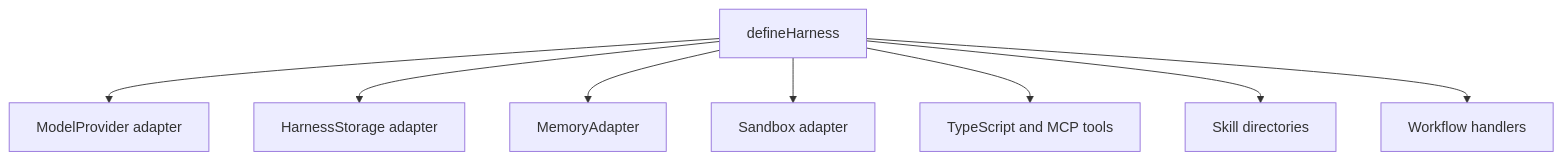
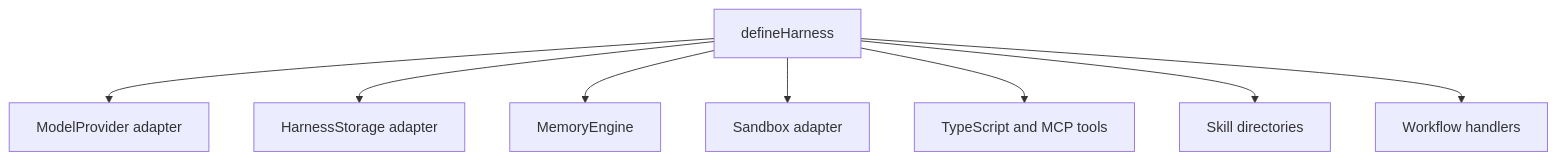
One commit to puristajs/harness changed the diagram in docs/guides/extending-and-customizing.md. Above: the diagram before and after it, drawn with Mermaid. The commit also changed other lines of this file and 97 other files, not shown here.

````diff
--- a/docs/guides/extending-and-customizing.md
+++ b/docs/guides/extending-and-customizing.md
@@ -8,10 +8,10 @@
 ```mermaid
 flowchart TD
   Harness["defineHarness"] --> Model["ModelProvider adapter"]
   Harness --> State["HarnessStorage adapter"]
-  Harness --> Memory["MemoryAdapter"]
+  Harness --> Memory["MemoryEngine"]
   Harness --> Sandbox["Sandbox adapter"]
   Harness --> Tools["TypeScript and MCP tools"]
   Harness --> Skills["Skill directories"]
   Harness --> Workflows["Workflow handlers"]
 ```
````
